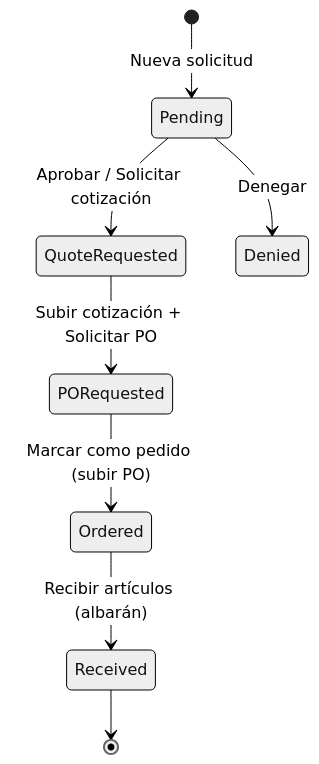
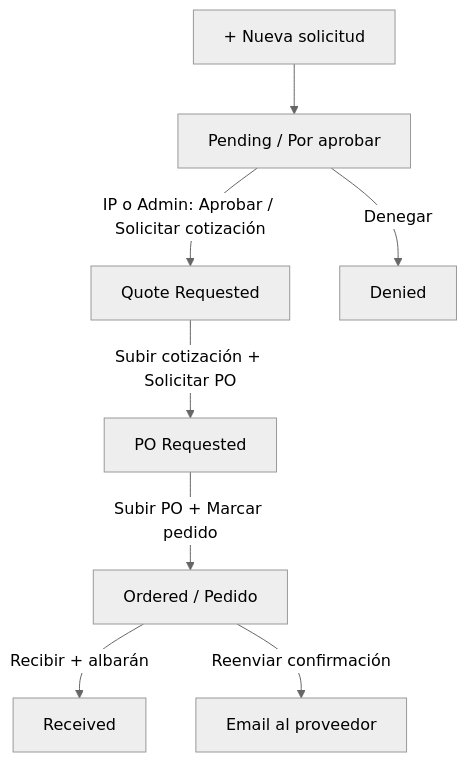
The diagram in docs/COMO-FUNCIONA.md (ToneStrife/LabFlow), drawn with Mermaid (neutral theme) before and after one commit. The commit also changed other lines of this file and 7 other files, not shown here.

````diff
--- a/docs/COMO-FUNCIONA.md
+++ b/docs/COMO-FUNCIONA.md
@@ -47,10 +115,10 @@
 ```mermaid
-stateDiagram-v2
-  [*] --> Pending: Nueva solicitud
-  Pending --> QuoteRequested: Aprobar / Solicitar cotización
-  Pending --> Denied: Denegar
-  QuoteRequested --> PORequested: Subir cotización + Solicitar PO
-  PORequested --> Ordered: Marcar como pedido (subir PO)
-  Ordered --> Received: Recibir artículos (albarán)
-  Received --> [*]
+flowchart TD
+  A["+ Nueva solicitud"] --> B[Pending / Por aprobar]
+  B -->|IP o Admin: Aprobar / Solicitar cotización| C[Quote Requested]
+  C -->|Subir cotización + Solicitar PO| D[PO Requested]
+  D -->|Subir PO + Marcar pedido| E[Ordered / Pedido]
+  E -->|Recibir + albarán| F[Received]
+  E -->|Reenviar confirmación| M[Email al proveedor]
+  B -->|Denegar| X[Denied]
 ```
````
